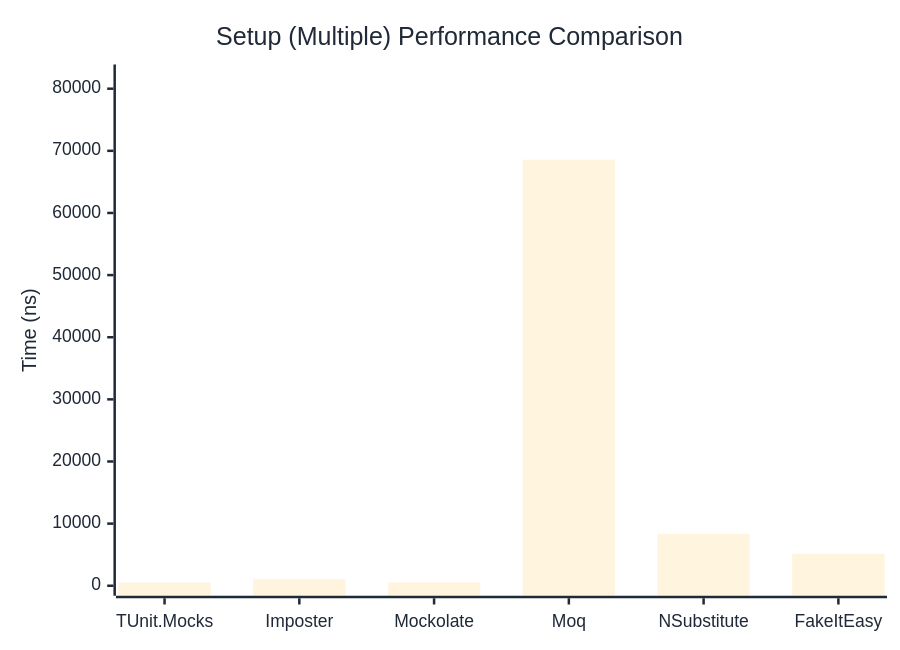
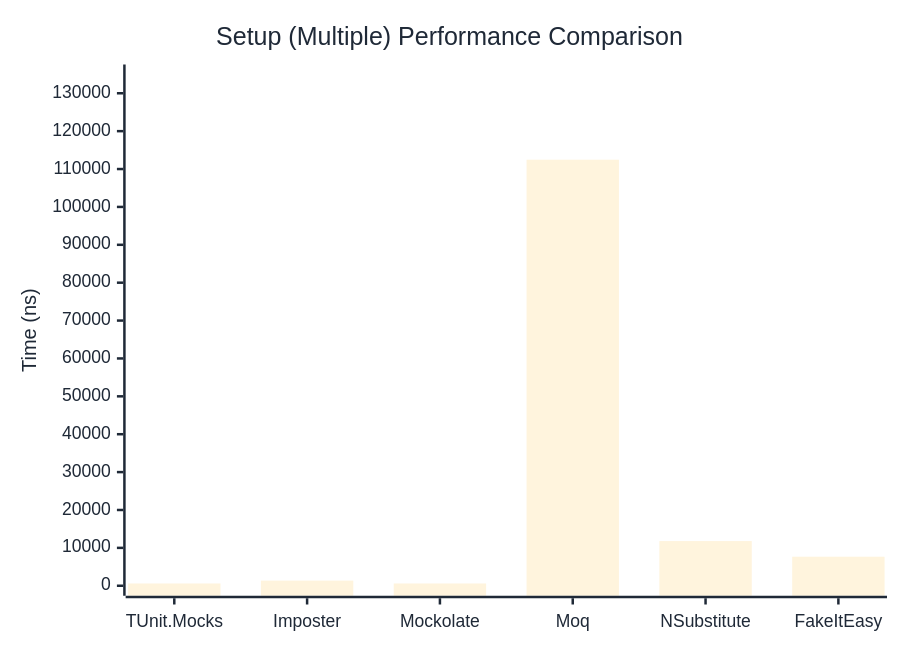
The second of 2 diagrams in docs/docs/benchmarks/mocks/Setup.md (weiyilai/TUnit), drawn with Mermaid before and after one commit. The commit also changed other lines of this file and 14 other files, not shown here.

````diff
--- a/docs/docs/benchmarks/mocks/Setup.md
+++ b/docs/docs/benchmarks/mocks/Setup.md
@@ -69,27 +69,27 @@
 ```mermaid
 %%{init: {
   'theme':'base',
   'themeVariables': {
     'primaryColor': '#2563eb',
     'primaryTextColor': '#1f2937',
     'primaryBorderColor': '#1e40af',
     'lineColor': '#6b7280',
     'secondaryColor': '#7c3aed',
     'tertiaryColor': '#dc2626',
     'background': '#ffffff',
     'pie1': '#2563eb',
     'pie2': '#7c3aed',
     'pie3': '#dc2626',
     'pie4': '#f59e0b',
     'pie5': '#10b981',
     'pie6': '#06b6d4',
     'pie7': '#ec4899',
     'pie8': '#6366f1'
   }
 }}%%
 xychart-beta
   title "Setup (Multiple) Performance Comparison"
   x-axis ["TUnit.Mocks", "Imposter", "Mockolate", "Moq", "NSubstitute", "FakeItEasy"]
-  y-axis "Time (ns)" 0 --> 82285
-  bar [514.8, 1056.8, 537.1, 68570.5, 8364.1, 5147.8]
+  y-axis "Time (ns)" 0 --> 134954
+  bar [603.1, 1351.6, 603.6, 112461.1, 11790.2, 7663.9]
 ```
````
